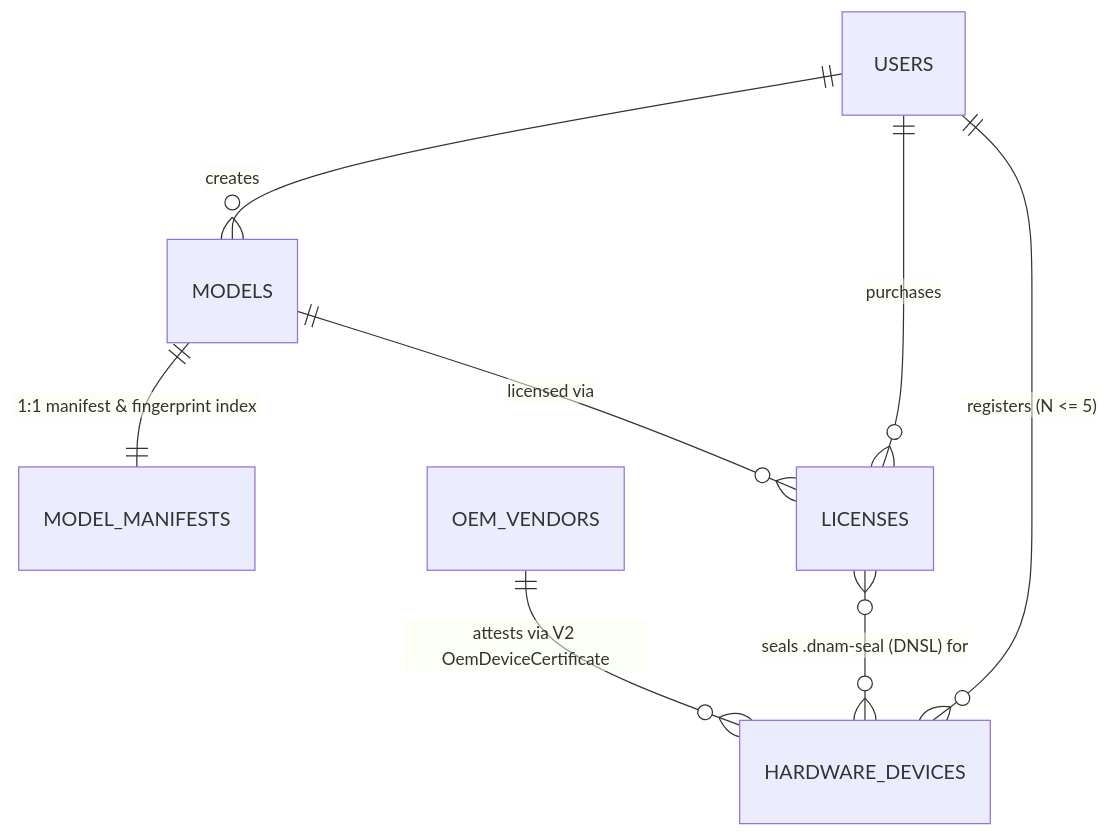
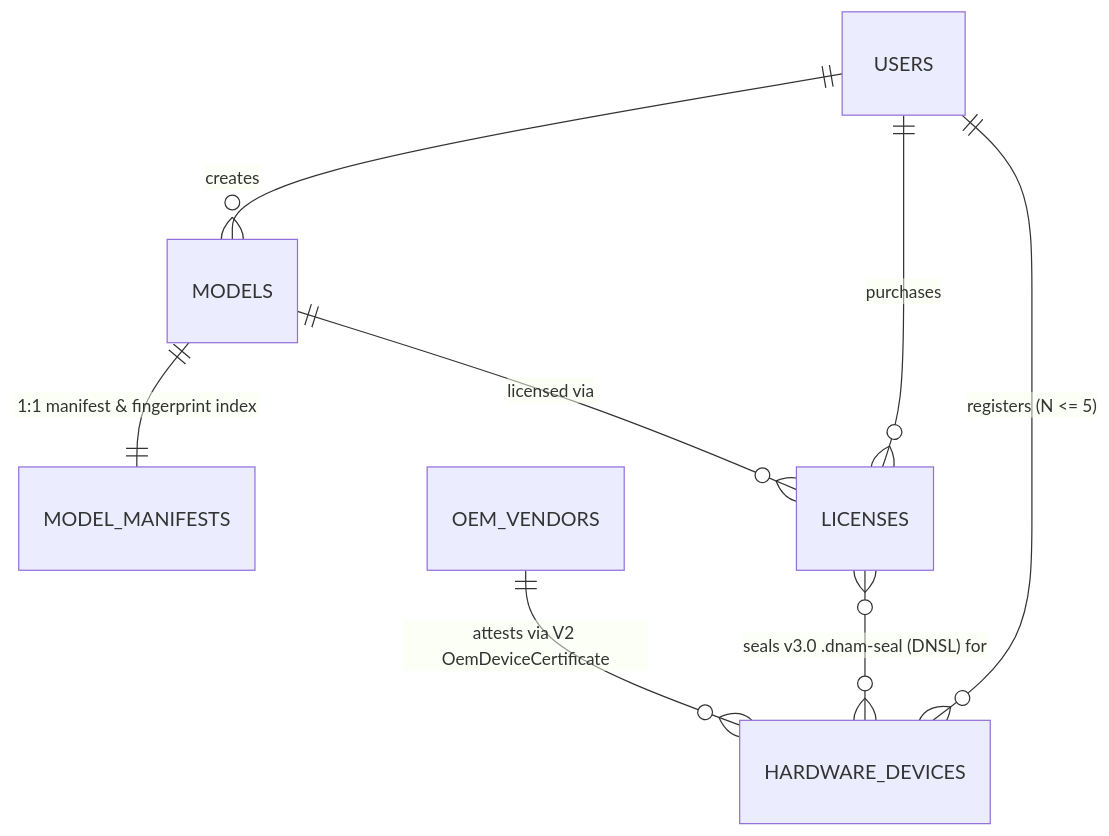
Before and after one commit to mokugen/dnam: the third of 3 diagrams in docs/specs/security/watermarking_and_marketplace.md, drawn with Mermaid. The commit also changed other lines of this file and 99 other files, not shown here.

Commit message:
docs(specs): cut over canonical architecture and v3.0 specs to SONA + WebGPU

````diff
--- a/docs/specs/security/watermarking_and_marketplace.md
+++ b/docs/specs/security/watermarking_and_marketplace.md
@@ -161,10 +161,10 @@
 ```mermaid
 erDiagram
     USERS ||--o{ MODELS : "creates"
     USERS ||--o{ LICENSES : "purchases"
     USERS ||--o{ HARDWARE_DEVICES : "registers (N <= 5)"
     OEM_VENDORS ||--o{ HARDWARE_DEVICES : "attests via V2 OemDeviceCertificate"
     MODELS ||--|| MODEL_MANIFESTS : "1:1 manifest & fingerprint index"
     MODELS ||--o{ LICENSES : "licensed via"
-    LICENSES }o--o{ HARDWARE_DEVICES : "seals .dnam-seal (DNSL) for"
+    LICENSES }o--o{ HARDWARE_DEVICES : "seals v3.0 .dnam-seal (DNSL) for"
 ```
````
